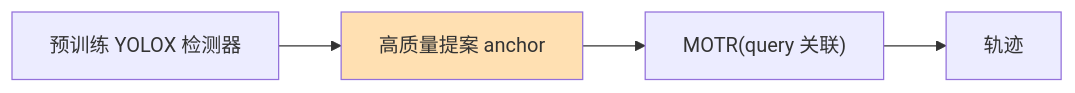
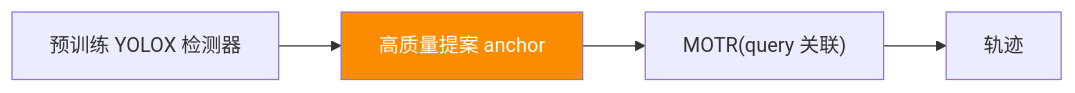
One commit to yyq19990828/onnxtools changed the fourth of 5 diagrams in docs/guides/tracking/transformer-mot.md. Above: the diagram before and after it, drawn with Mermaid. The commit also changed other lines of this file and 12 other files, not shown here.

First line of the commit message:
fix(docs): 修复 mermaid 暗色模式配色 + 语法报错 + 数学公式渲染

````diff
--- a/docs/guides/tracking/transformer-mot.md
+++ b/docs/guides/tracking/transformer-mot.md
@@ -80,7 +80,7 @@
 ```mermaid
 flowchart LR
     DET["预训练 YOLOX 检测器"] --> PROP["高质量提案 anchor"]
     PROP --> MOTR2["MOTR(query 关联)"]
     MOTR2 --> OUT["轨迹"]
-    style PROP fill:#ffe0b2
+    style PROP fill:#fb8c00,color:#fff
 ```
````
